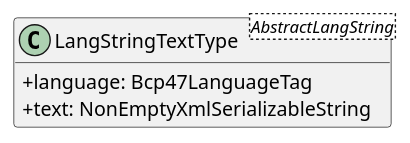
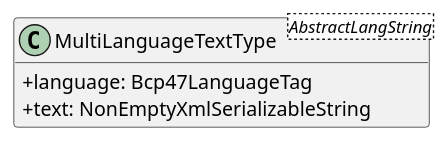
One commit to zrgt/py2puml changed the diagram in output/classes/LangStringTextType.puml. Above: the diagram before and after it, drawn with PlantUML. The commit also changed 35 other files, not shown here.

Commit message:
Rename "LangString..." classes to "MultiLanguage..."

```diff
--- a/output/classes/LangStringTextType.puml
+++ b/output/classes/LangStringTextType.puml
@@ -1,9 +1,9 @@
 @startuml
 skinparam classAttributeIconSize 0
 hide methods
 
-class LangStringTextType<AbstractLangString> {
+class MultiLanguageTextType<AbstractLangString> {
   +language: Bcp47LanguageTag 
   +text: NonEmptyXmlSerializableString 
 }
 @enduml
```
